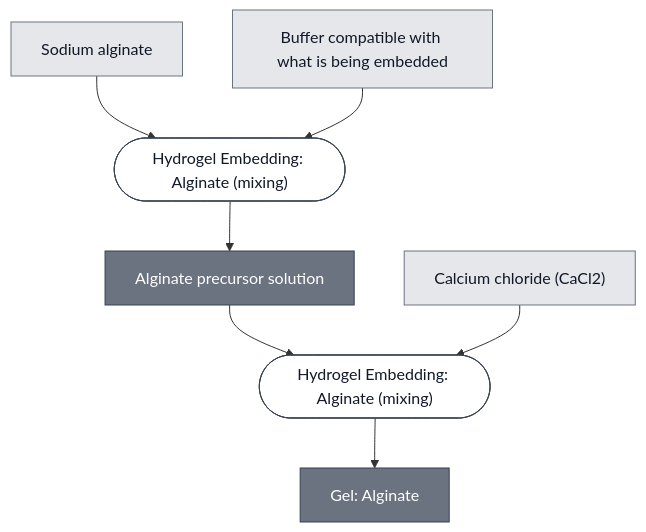
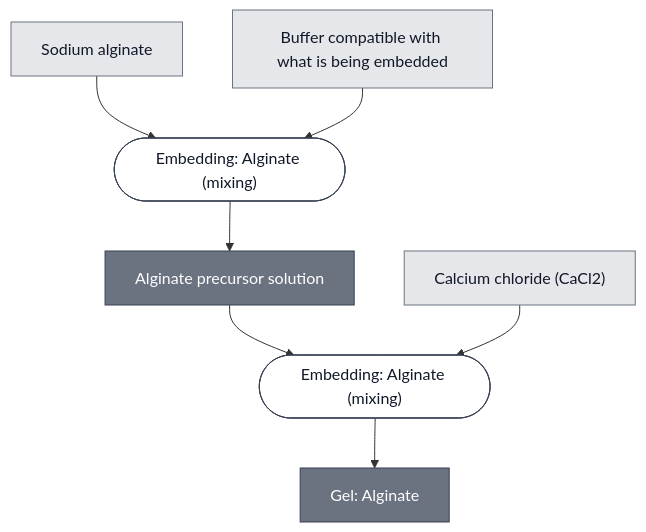
The diagram in docs/modules/gel-alginate/spec.md (nucleus-eng/nucleus-docs), drawn with Mermaid before and after one commit. The commit also changed other lines of this file and 42 other files, not shown here.

````diff
--- a/docs/modules/gel-alginate/spec.md
+++ b/docs/modules/gel-alginate/spec.md
@@ -32,31 +32,31 @@
 ```mermaid
 flowchart TD
     SODIUM_ALGINATE["Sodium alginate"]
     CALCIUM_CHLORIDE["Calcium chloride (CaCl2)"]
     EMBEDDING_BUFFER["Buffer compatible with what is being embedded"]
 
-    P1_DISSOLVE_0(["Hydrogel Embedding: Alginate (mixing)"])
+    P1_DISSOLVE_0(["Embedding: Alginate (mixing)"])
     ALGINATE_PRECURSOR["Alginate precursor solution"]
-    P2_CROSSLINK_IONIC_0(["Hydrogel Embedding: Alginate (mixing)"])
+    P2_CROSSLINK_IONIC_0(["Embedding: Alginate (mixing)"])
     GEL_ALGINATE["Gel: Alginate"]
 
     SODIUM_ALGINATE --> P1_DISSOLVE_0
     EMBEDDING_BUFFER --> P1_DISSOLVE_0
     P1_DISSOLVE_0 --> ALGINATE_PRECURSOR
 
     ALGINATE_PRECURSOR --> P2_CROSSLINK_IONIC_0
     CALCIUM_CHLORIDE --> P2_CROSSLINK_IONIC_0
     P2_CROSSLINK_IONIC_0 --> GEL_ALGINATE
 
 
     classDef leaf     fill:#e5e7eb,stroke:#6b7280,color:#111827;
     classDef composed fill:#6b7280,stroke:#374151,color:#ffffff;
     classDef process  fill:#ffffff,stroke:#374151,color:#111827;
     class SODIUM_ALGINATE,CALCIUM_CHLORIDE,EMBEDDING_BUFFER leaf;
     class ALGINATE_PRECURSOR,GEL_ALGINATE composed;
     class P1_DISSOLVE_0,P2_CROSSLINK_IONIC_0 process;
 
     click P1_DISSOLVE_0 "/docs/processes/embed-alginate-hydrogel/main"
     click P2_CROSSLINK_IONIC_0 "/docs/processes/embed-alginate-hydrogel/main"
     click GEL_ALGINATE "/docs/modules/gel-alginate/spec"
 ```
````
